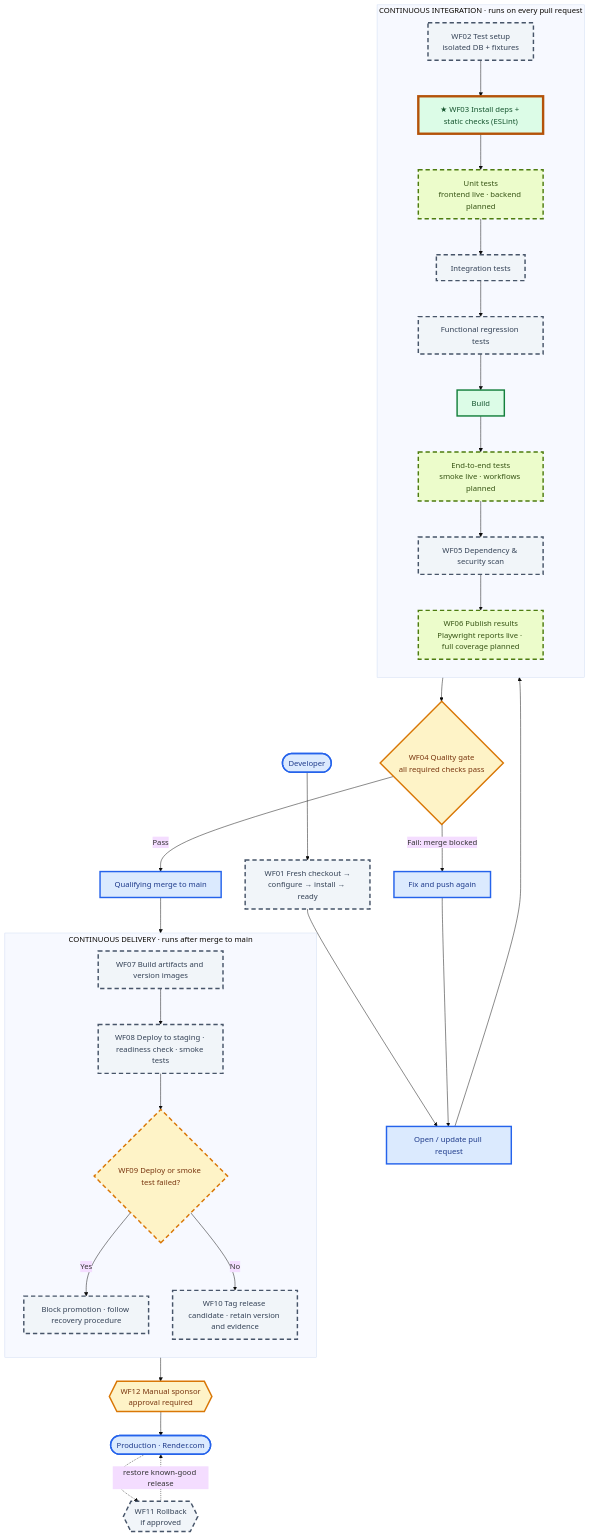
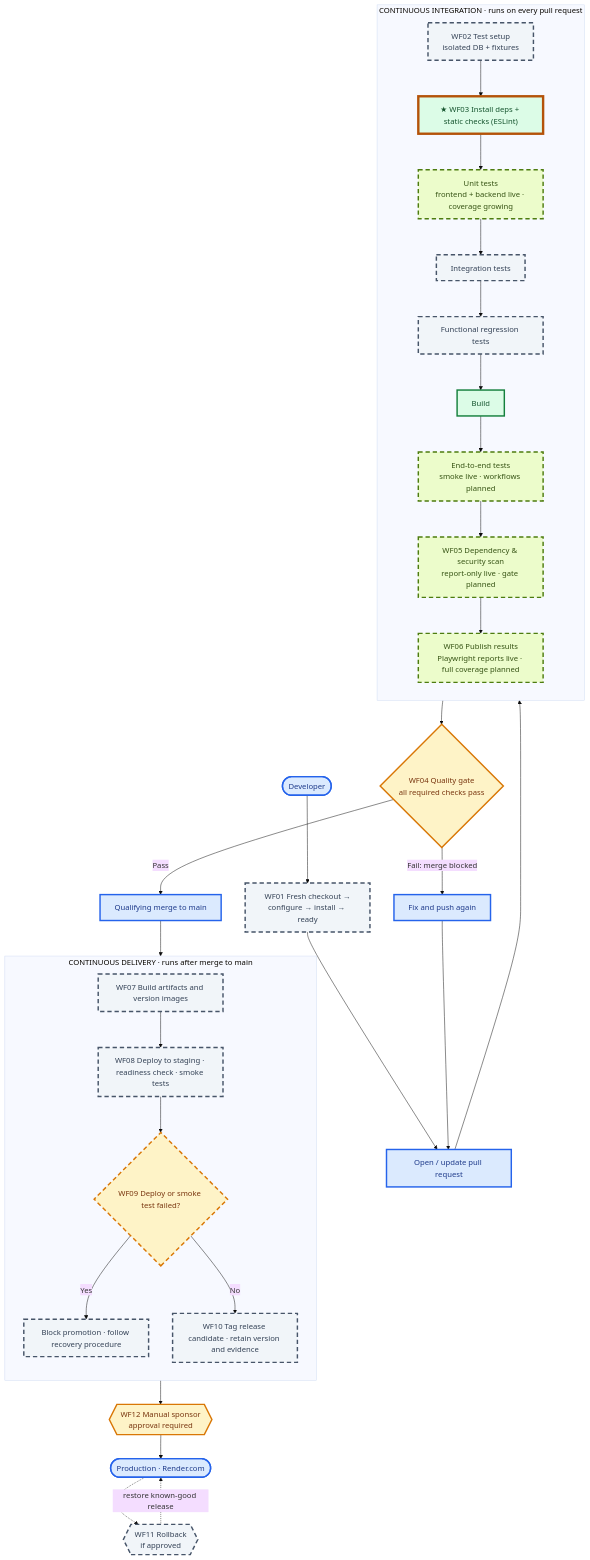
The third of 4 diagrams in README.md (IT7993-FALL-2026-PEERS/ProjectPeerEvaluation), drawn with Mermaid (base theme) before and after one commit. The commit also changed other lines of this file, not shown here.

````diff
--- a/README.md
+++ b/README.md
@@ -161,57 +161,57 @@
 ```mermaid
 flowchart TB
     DEV(["Developer"]) --> WF01["WF01 Fresh checkout →<br/>configure → install → ready"]
     WF01 --> PR["Open / update pull request"]
     PR --> WF02
 
     subgraph CI["CONTINUOUS INTEGRATION · runs on every pull request"]
         direction TB
         WF02["WF02 Test setup<br/>isolated DB + fixtures"]
         WF03["★ WF03 Install deps + static checks (ESLint)"]
-        UNIT["Unit tests<br/>frontend live · backend planned"]
+        UNIT["Unit tests<br/>frontend + backend live · coverage growing"]
         INTEG["Integration tests"]
         REG["Functional regression tests"]
         BUILD["Build"]
         E2E["End-to-end tests<br/>smoke live · workflows planned"]
-        WF05["WF05 Dependency & security scan"]
+        WF05["WF05 Dependency & security scan<br/>report-only live · gate planned"]
         WF06["WF06 Publish results<br/>Playwright reports live · full coverage planned"]
         WF02 --> WF03 --> UNIT --> INTEG --> REG --> BUILD --> E2E --> WF05 --> WF06
     end
 
     WF06 --> GATE{"WF04 Quality gate<br/>all required checks pass"}
     GATE -- "Fail: merge blocked" --> FIX["Fix and push again"]
     FIX --> PR
     GATE -- "Pass" --> MERGE["Qualifying merge to main"]
     MERGE --> WF07
 
     subgraph CD["CONTINUOUS DELIVERY · runs after merge to main"]
         direction TB
         WF07["WF07 Build artifacts and version images"]
         WF08["WF08 Deploy to staging · readiness check · smoke tests"]
         WF09{"WF09 Deploy or smoke test failed?"}
         BLOCK["Block promotion · follow recovery procedure"]
         WF10["WF10 Tag release candidate · retain version and evidence"]
         WF07 --> WF08 --> WF09
         WF09 -- "Yes" --> BLOCK
         WF09 -- "No" --> WF10
     end
 
     WF10 --> APPROVE{{"WF12 Manual sponsor<br/>approval required"}}
     APPROVE --> PROD(["Production · Render.com"])
     PROD -.-> WF11{{"WF11 Rollback<br/>if approved"}}
     WF11 -.->|"restore known-good release"| PROD
 
     classDef done fill:#dcfce7,stroke:#15803d,color:#14532d,stroke-width:3px
     classDef highlight fill:#dcfce7,stroke:#b45309,color:#14532d,stroke-width:5px
     classDef partial fill:#ecfccb,stroke:#4d7c0f,color:#365314,stroke-width:3px,stroke-dasharray: 9 6
     classDef planned fill:#f1f5f9,stroke:#475569,color:#334155,stroke-width:3px,stroke-dasharray: 9 6
     classDef gate fill:#fef3c7,stroke:#d97706,color:#78350f,stroke-width:3px
     classDef endpoint fill:#dbeafe,stroke:#2563eb,color:#1e3a8a,stroke-width:3px
 
     class BUILD done
     class WF03 highlight
-    class UNIT,E2E,WF06 partial
-    class WF01,WF02,INTEG,REG,WF05,WF07,WF08,WF09,BLOCK,WF10,WF11 planned
+    class UNIT,E2E,WF05,WF06 partial
+    class WF01,WF02,INTEG,REG,WF07,WF08,WF09,BLOCK,WF10,WF11 planned
     class GATE,APPROVE,WF09 gate
     class DEV,PROD,PR,MERGE,FIX endpoint
 ```
````
